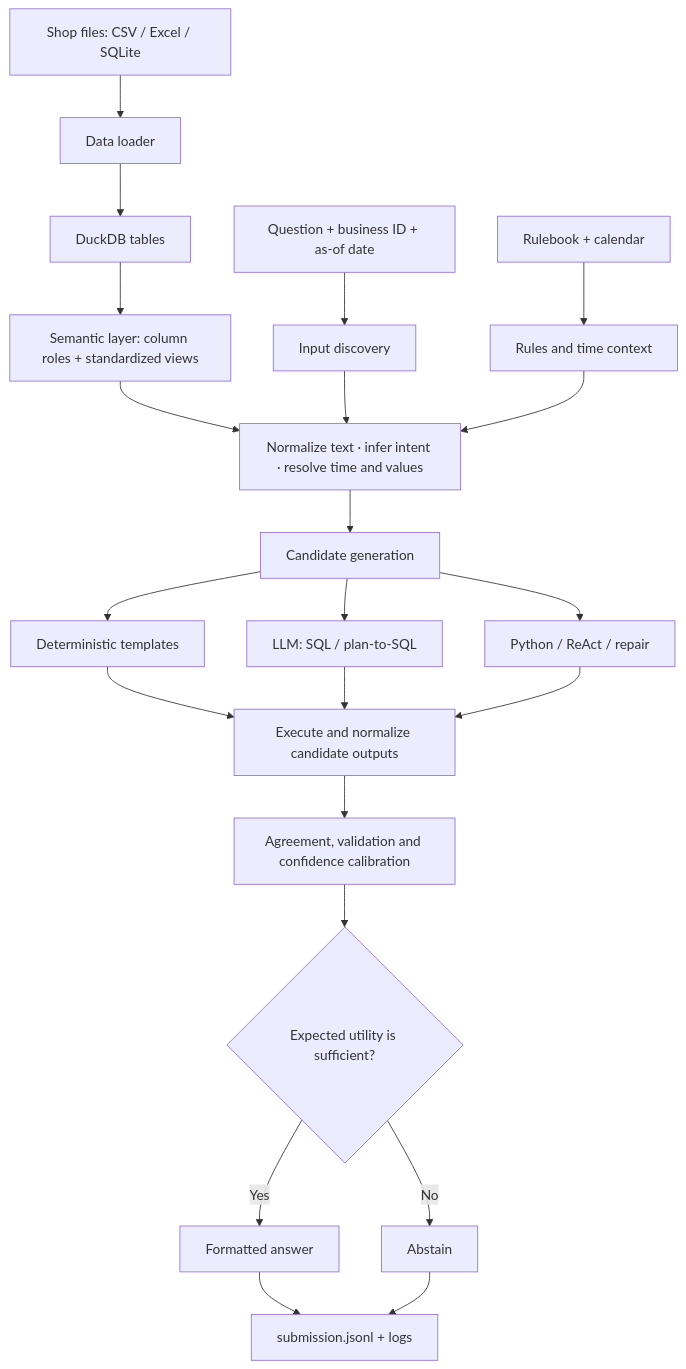
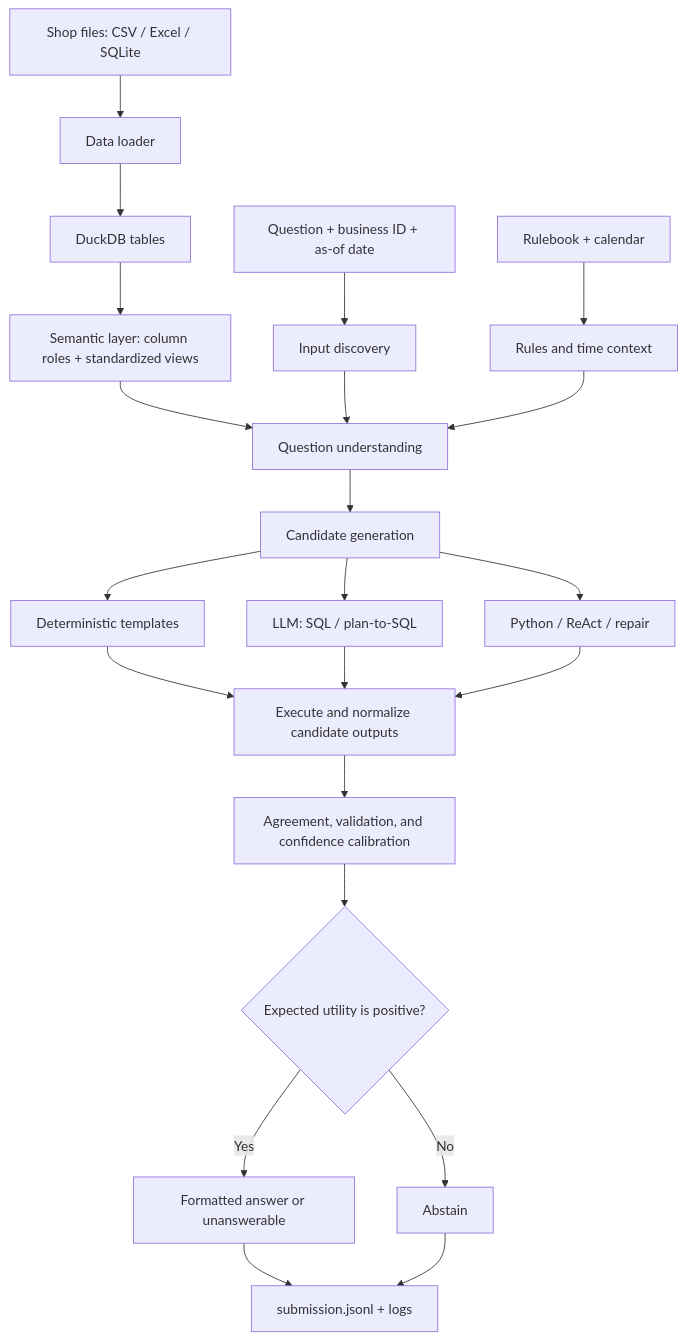
One commit to AIVIETNAM-AIO-khaisiubeo/data-agent-ver1 changed the diagram in README.md. Above: the diagram before and after it, drawn with Mermaid. The commit also changed other lines of this file, not shown here.

````diff
--- a/README.md
+++ b/README.md
@@ -19,24 +20,24 @@
 ```mermaid
 flowchart TD
     A["Question + business ID + as-of date"] --> B["Input discovery"]
     D["Shop files: CSV / Excel / SQLite"] --> C["Data loader"]
     R["Rulebook + calendar"] --> E["Rules and time context"]
     C --> F["DuckDB tables"]
     F --> G["Semantic layer: column roles + standardized views"]
     G --> H["Question understanding"]
     B --> H
     E --> H
-    H["Normalize text · infer intent · resolve time and values"] --> I["Candidate generation"]
+    H --> I["Candidate generation"]
     I --> I1["Deterministic templates"]
     I --> I2["LLM: SQL / plan-to-SQL"]
     I --> I3["Python / ReAct / repair"]
     I1 --> J["Execute and normalize candidate outputs"]
     I2 --> J
     I3 --> J
-    J --> K["Agreement, validation and confidence calibration"]
-    K --> L{"Expected utility is sufficient?"}
-    L -->|Yes| M["Formatted answer"]
+    J --> K["Agreement, validation, and confidence calibration"]
+    K --> L{"Expected utility is positive?"}
+    L -->|Yes| M["Formatted answer or unanswerable"]
     L -->|No| N["Abstain"]
     M --> O["submission.jsonl + logs"]
     N --> O
 ```
````
